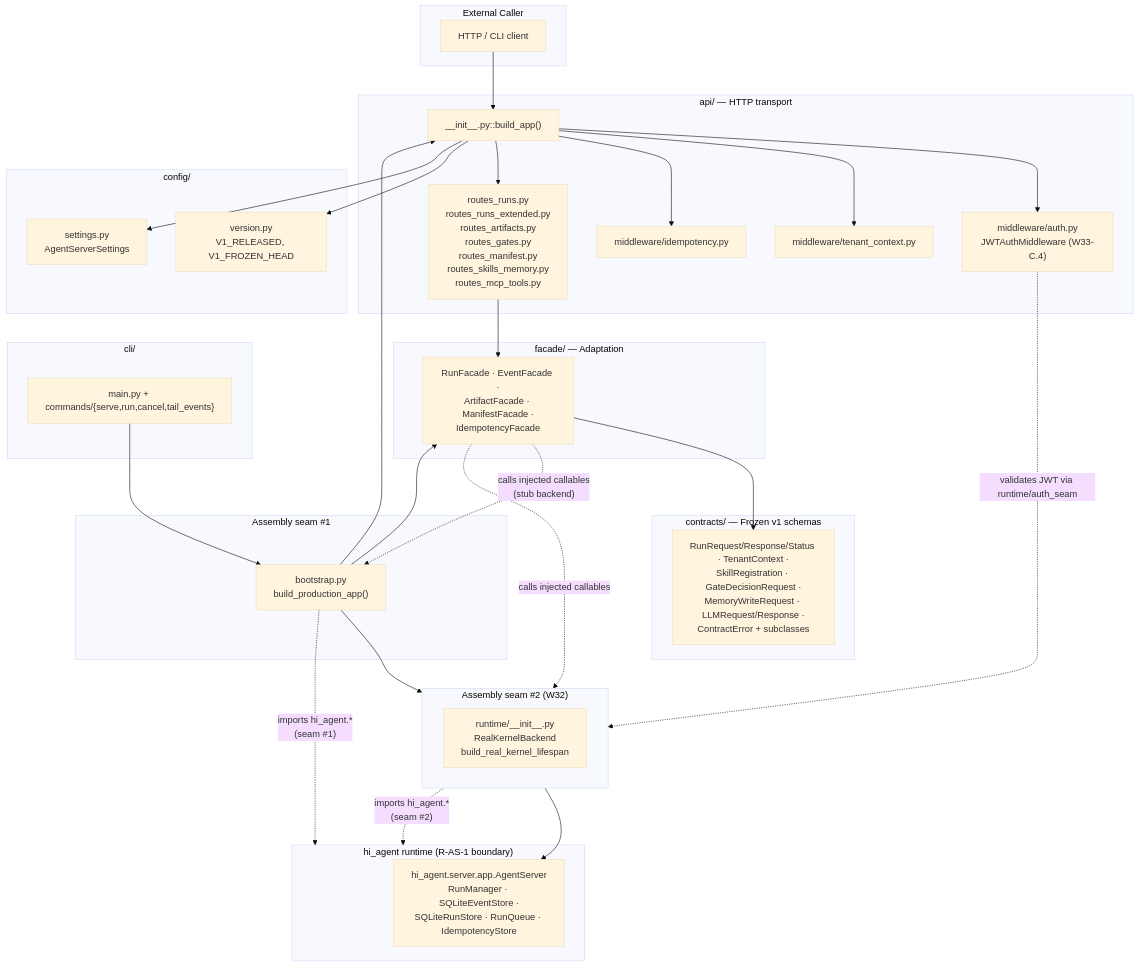
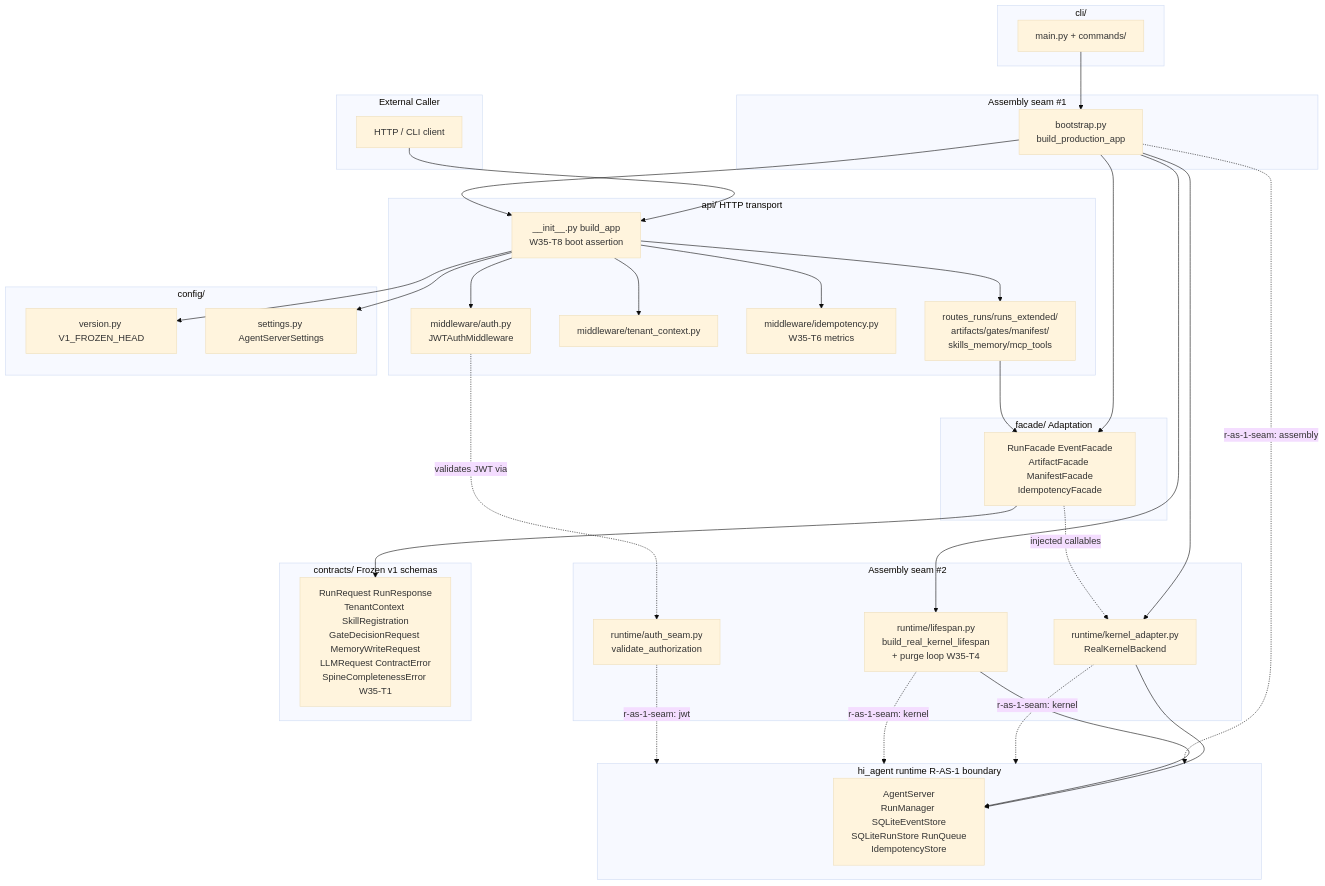
One commit to chaosxingxc-orion/hi-agent changed the first of 3 diagrams in agent_server/ARCHITECTURE.md. Above: the diagram before and after it, drawn with Mermaid (base theme). The commit also changed other lines of this file and 9 other files, not shown here.

````diff
--- a/agent_server/ARCHITECTURE.md
+++ b/agent_server/ARCHITECTURE.md
@@ -79,65 +67,70 @@
 ```mermaid
 graph TD
-    subgraph EXT["External Caller"]
-        C["HTTP / CLI client"]
+    subgraph EXT[External Caller]
+        C[HTTP / CLI client]
     end
 
-    subgraph BS["Assembly seam #1"]
-        BOOT["bootstrap.py<br/>build_production_app()"]
+    subgraph BS[Assembly seam #1]
+        BOOT[bootstrap.py<br/>build_production_app]
     end
 
-    subgraph RT["Assembly seam #2 (W32)"]
-        RUN["runtime/__init__.py<br/>RealKernelBackend<br/>build_real_kernel_lifespan"]
+    subgraph RT[Assembly seam #2]
+        ADAPTER[runtime/kernel_adapter.py<br/>RealKernelBackend]
+        LIFESPAN[runtime/lifespan.py<br/>build_real_kernel_lifespan<br/>+ purge loop W35-T4]
+        AUTHSEAM[runtime/auth_seam.py<br/>validate_authorization]
     end
 
-    subgraph API["api/ — HTTP transport"]
-        APIB["__init__.py::build_app()"]
-        MID_J["middleware/auth.py<br/>JWTAuthMiddleware (W33-C.4)"]
-        MID_T["middleware/tenant_context.py"]
-        MID_I["middleware/idempotency.py"]
-        ROUTES["routes_runs.py<br/>routes_runs_extended.py<br/>routes_artifacts.py<br/>routes_gates.py<br/>routes_manifest.py<br/>routes_skills_memory.py<br/>routes_mcp_tools.py"]
+    subgraph API[api/ HTTP transport]
+        APIB[__init__.py build_app<br/>W35-T8 boot assertion]
+        MID_J[middleware/auth.py<br/>JWTAuthMiddleware]
+        MID_T[middleware/tenant_context.py]
+        MID_I[middleware/idempotency.py<br/>W35-T6 metrics]
+        ROUTES[routes_runs/runs_extended/<br/>artifacts/gates/manifest/<br/>skills_memory/mcp_tools]
     end
 
-    subgraph FAC["facade/ — Adaptation"]
-        F["RunFacade · EventFacade ·<br/>ArtifactFacade · ManifestFacade ·<br/>IdempotencyFacade"]
+    subgraph FAC[facade/ Adaptation]
+        F[RunFacade EventFacade<br/>ArtifactFacade ManifestFacade<br/>IdempotencyFacade]
     end
 
-    subgraph CON["contracts/ — Frozen v1 schemas"]
-        CT["RunRequest/Response/Status · TenantContext ·<br/>SkillRegistration · GateDecisionRequest ·<br/>MemoryWriteRequest · LLMRequest/Response ·<br/>ContractError + subclasses"]
+    subgraph CON[contracts/ Frozen v1 schemas]
+        CT[RunRequest RunResponse<br/>TenantContext SkillRegistration<br/>GateDecisionRequest MemoryWriteRequest<br/>LLMRequest ContractError<br/>SpineCompletenessError W35-T1]
     end
 
-    subgraph CFG["config/"]
-        CV["version.py<br/>V1_RELEASED, V1_FROZEN_HEAD"]
-        CS["settings.py<br/>AgentServerSettings"]
+    subgraph CFG[config/]
+        CV[version.py V1_FROZEN_HEAD]
+        CS[settings.py AgentServerSettings]
     end
 
-    subgraph CLI_PKG["cli/"]
-        CLIP["main.py + commands/{serve,run,cancel,tail_events}"]
+    subgraph CLI_PKG[cli/]
+        CLIP[main.py + commands/]
     end
 
-    subgraph HIA["hi_agent runtime (R-AS-1 boundary)"]
-        AS["hi_agent.server.app.AgentServer<br/>RunManager · SQLiteEventStore ·<br/>SQLiteRunStore · RunQueue · IdempotencyStore"]
+    subgraph HIA[hi_agent runtime R-AS-1 boundary]
+        AS[AgentServer<br/>RunManager SQLiteEventStore<br/>SQLiteRunStore RunQueue<br/>IdempotencyStore]
     end
 
     C --> APIB
     BOOT --> APIB
     BOOT --> F
-    BOOT --> RT
-    RT --> AS
-    BOOT -. "imports hi_agent.*<br/>(seam #1)" .-> HIA
-    RT -. "imports hi_agent.*<br/>(seam #2)" .-> HIA
+    BOOT --> ADAPTER
+    BOOT --> LIFESPAN
+    ADAPTER --> AS
+    LIFESPAN --> AS
+    BOOT -. r-as-1-seam: assembly .-> HIA
+    ADAPTER -. r-as-1-seam: kernel .-> HIA
+    LIFESPAN -. r-as-1-seam: kernel .-> HIA
+    AUTHSEAM -. r-as-1-seam: jwt .-> HIA
 
     APIB --> MID_J
     APIB --> MID_T
     APIB --> MID_I
     APIB --> ROUTES
-    MID_J -. "validates JWT via runtime/auth_seam" .-> RT
+    MID_J -. validates JWT via .-> AUTHSEAM
     ROUTES --> F
     F --> CT
-    F -. "calls injected callables" .-> RT
-    F -. "calls injected callables<br/>(stub backend)" .-> BOOT
+    F -. injected callables .-> ADAPTER
 
     CLIP --> BOOT
     APIB --> CV
     APIB --> CS
 ```
````
